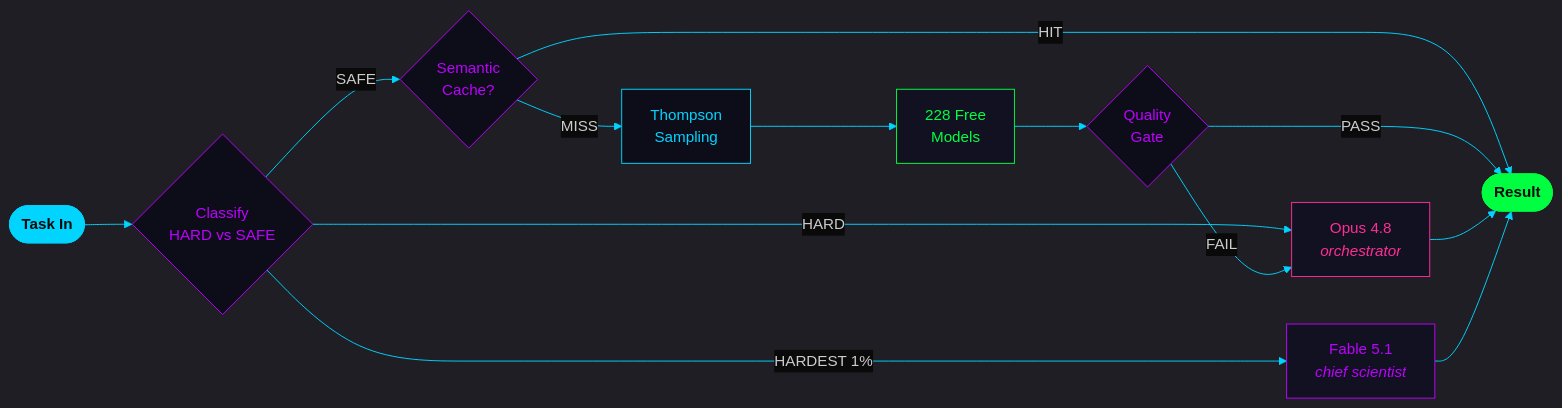
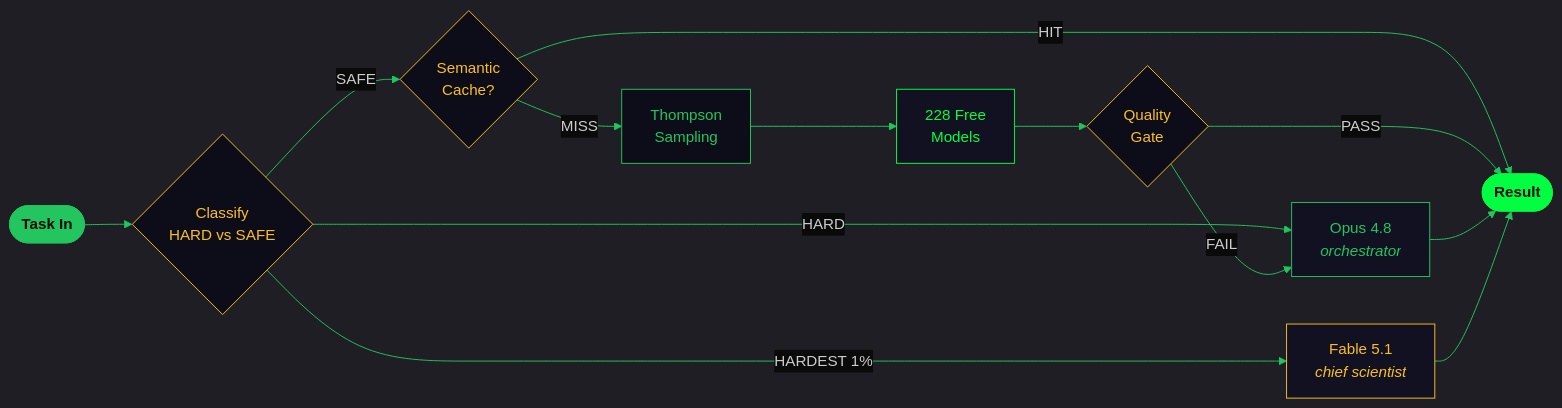
The first of 2 diagrams in README.md (MatheusAgueda/MatheusAgueda), drawn with Mermaid before and after one commit. The commit also changed other lines of this file and 6 other files, not shown here.

````diff
--- a/README.md
+++ b/README.md
@@ -123,41 +142,41 @@
 ```mermaid
 %%{init: {'theme': 'dark', 'themeVariables': {
-  'primaryColor': '#FF2D95',
+  'primaryColor': '#22c55e',
   'primaryTextColor': '#fff',
-  'primaryBorderColor': '#BD00FF',
-  'lineColor': '#00D4FF',
+  'primaryBorderColor': '#fbbf24',
+  'lineColor': '#22c55e',
   'secondaryColor': '#0a0a14',
   'tertiaryColor': '#111122',
   'edgeLabelBackground': '#0a0a0a',
   'clusterBkg': '#0d0d1a',
-  'clusterBorder': '#BD00FF',
-  'titleColor': '#00D4FF',
+  'clusterBorder': '#fbbf24',
+  'titleColor': '#22c55e',
   'nodeTextColor': '#cccccc'
 }}}%%
 
 flowchart LR
   IN(["Task In"]):::input --> CLASS{"Classify<br/>HARD vs SAFE"}:::gate
 
   CLASS -->|"HARD"| OPUS["Opus 4.8<br/><i>orchestrator</i>"]:::opus
   CLASS -->|"SAFE"| CACHE{"Semantic<br/>Cache?"}:::gate
   CLASS -->|"HARDEST 1%"| FABLE["Fable 5.1<br/><i>chief scientist</i>"]:::fable
 
   CACHE -->|"HIT"| OUT(["Result"]):::output
   CACHE -->|"MISS"| MAB["Thompson<br/>Sampling"]:::mab
 
   MAB --> FREE["228 Free<br/>Models"]:::free
   FREE --> VERIFY{"Quality<br/>Gate"}:::gate
   VERIFY -->|"PASS"| OUT
   VERIFY -->|"FAIL"| OPUS
 
   OPUS --> OUT
   FABLE --> OUT
 
-  classDef input fill:#00D4FF,stroke:#00D4FF,color:#0a0a0a,font-weight:bold
+  classDef input fill:#22c55e,stroke:#22c55e,color:#0a0a0a,font-weight:bold
   classDef output fill:#00ff41,stroke:#00ff41,color:#0a0a0a,font-weight:bold
-  classDef gate fill:#0d0d1a,stroke:#BD00FF,color:#BD00FF
-  classDef opus fill:#111122,stroke:#FF2D95,color:#FF2D95
-  classDef fable fill:#111122,stroke:#BD00FF,color:#BD00FF
-  classDef mab fill:#0d0d1a,stroke:#00D4FF,color:#00D4FF
+  classDef gate fill:#0d0d1a,stroke:#fbbf24,color:#fbbf24
+  classDef opus fill:#111122,stroke:#22c55e,color:#22c55e
+  classDef fable fill:#111122,stroke:#fbbf24,color:#fbbf24
+  classDef mab fill:#0d0d1a,stroke:#22c55e,color:#22c55e
   classDef free fill:#111122,stroke:#00ff41,color:#00ff41
 ```
````
